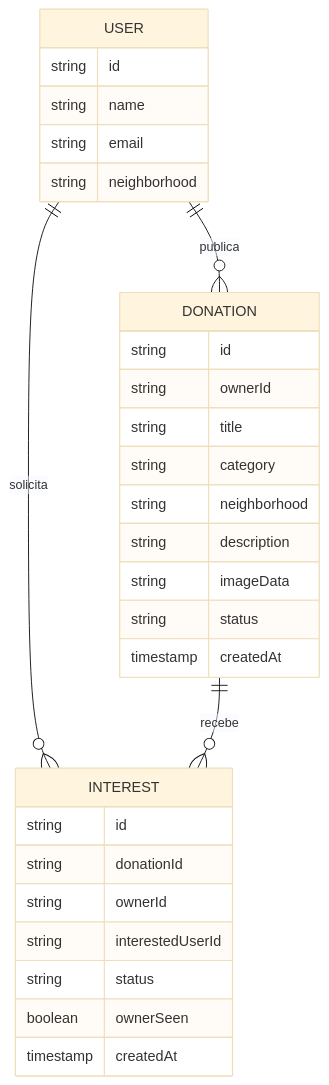
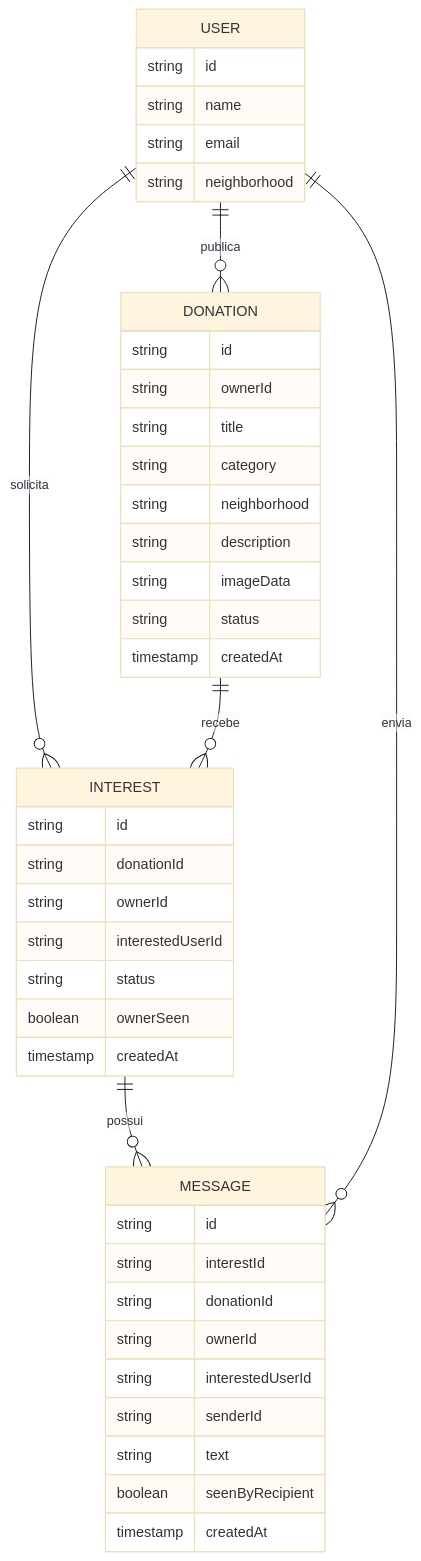
One commit to cristiantomaz/AjudaVizinho changed the diagram in docs/modelo-dados.md. Above: the diagram before and after it, drawn with Mermaid (base theme). The commit also changed other lines of this file, not shown here.

Commit message:
docs(data): document private messages collection

````diff
--- a/docs/modelo-dados.md
+++ b/docs/modelo-dados.md
@@ -5,32 +5,45 @@
 ```mermaid
 erDiagram
   USER ||--o{ DONATION : publica
   USER ||--o{ INTEREST : solicita
   DONATION ||--o{ INTEREST : recebe
+  INTEREST ||--o{ MESSAGE : possui
+  USER ||--o{ MESSAGE : envia
   USER {
     string id
     string name
     string email
     string neighborhood
   }
   DONATION {
     string id
     string ownerId
     string title
     string category
     string neighborhood
     string description
     string imageData
     string status
     timestamp createdAt
   }
   INTEREST {
     string id
     string donationId
     string ownerId
     string interestedUserId
     string status
     boolean ownerSeen
     timestamp createdAt
   }
+  MESSAGE {
+    string id
+    string interestId
+    string donationId
+    string ownerId
+    string interestedUserId
+    string senderId
+    string text
+    boolean seenByRecipient
+    timestamp createdAt
+  }
 ```
````
